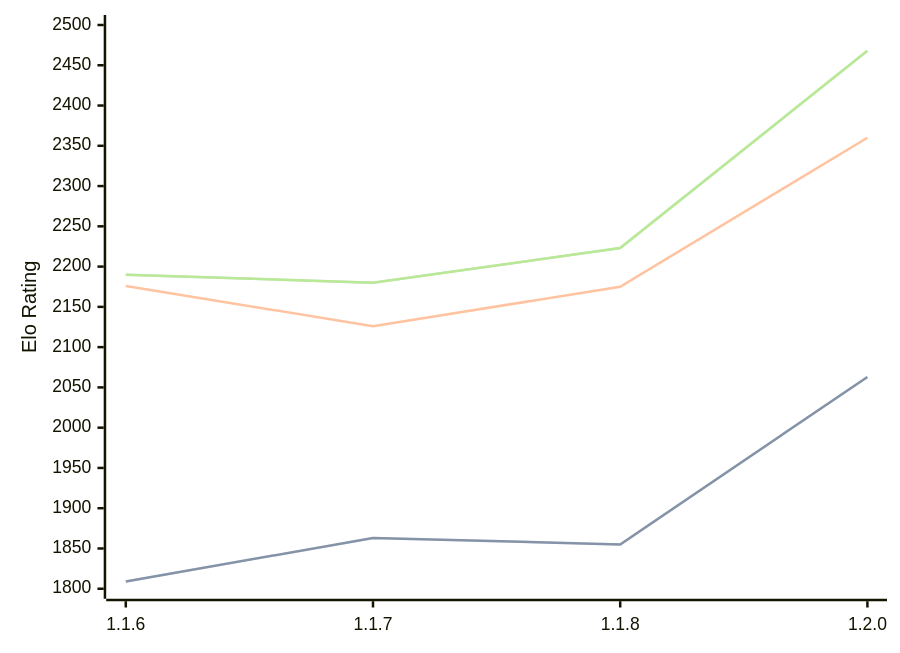
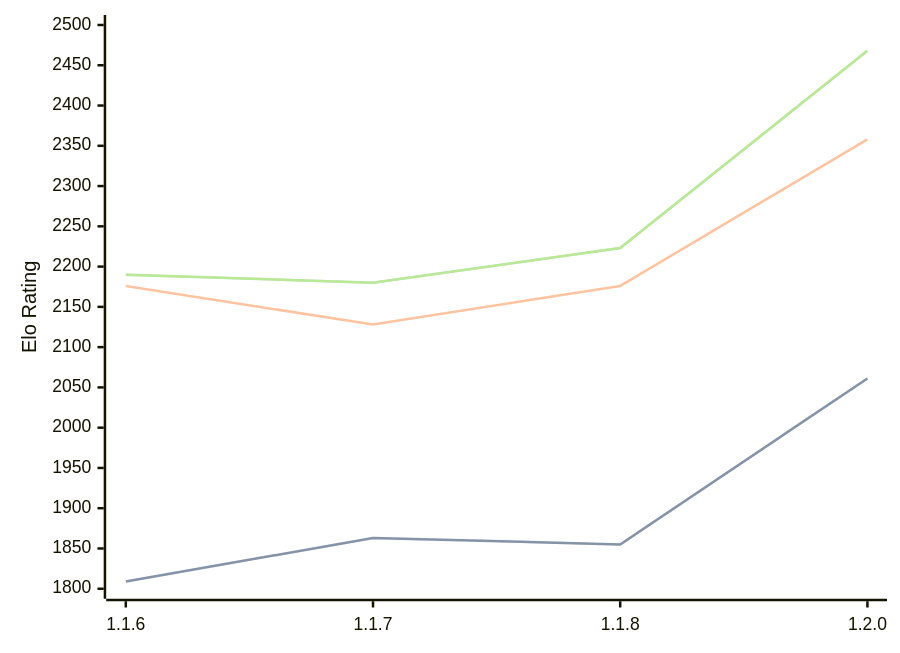
The diagram in engines/Soomi.md (computer-chess-index/cci), drawn with Mermaid before and after one commit. The commit also changed other lines of this file, not shown here.

````diff
--- a/engines/Soomi.md
+++ b/engines/Soomi.md
@@ -34,11 +34,11 @@
 ```mermaid
 %%{init: {"theme":"base","themeVariables":{"seriesColors:['#a3a3a3','#222221','#faa371']}}}%%
 xychart-beta
   x-axis ["1.1.6", "1.1.7", "1.1.8", "1.2.0"]
   y-axis "Elo Rating" 1800 --> 2500
-  line "STC (8.0+0.08s)" [1809, 1863, 1855, 2063]
-  line "STC (8.0+0.08s)" [1809, 1863, 1855, 2063]
-  line "LTC (60.0+0.60s)" [2176, 2126, 2175, 2360]
+  line "STC (8.0+0.08s)" [1809, 1863, 1855, 2061]
+  line "STC (8.0+0.08s)" [1809, 1863, 1855, 2061]
+  line "LTC (60.0+0.60s)" [2176, 2128, 2176, 2358]
   line "VLTC (2m24s+1.12s)" [2190, 2180, 2223, 2468]
   line "VLTC (2m24s+1.12s)" [2190, 2180, 2223, 2468]
 ```
````
